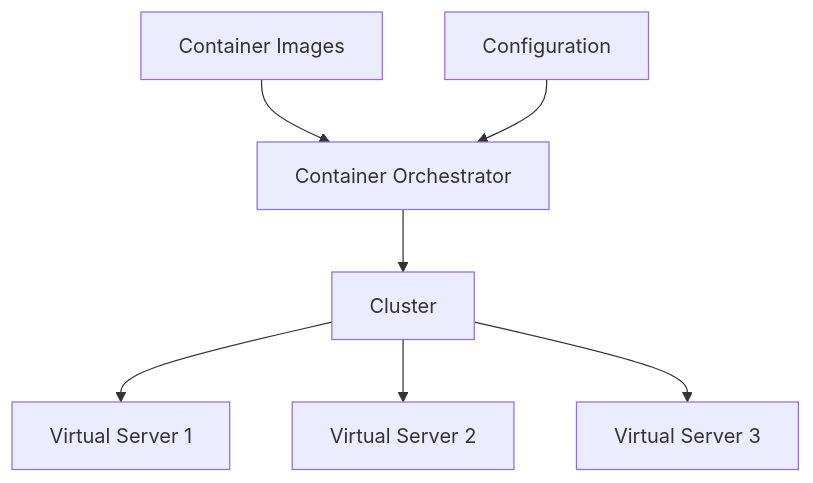
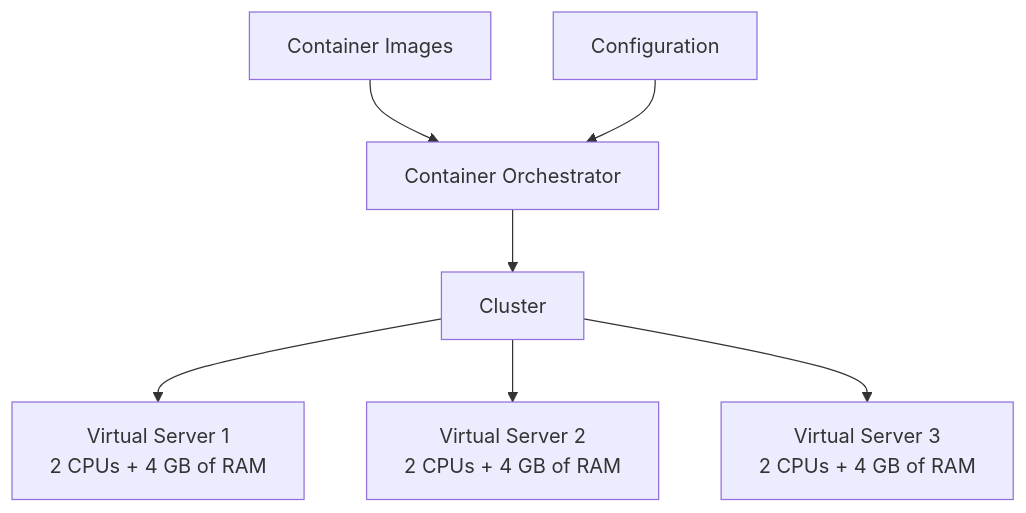
One commit to Neo-1042/complete-developer changed the diagram in 02_DOCKER/04_KUBERNETES.md. Above: the diagram before and after it, drawn with Mermaid. The commit also changed other lines of this file, not shown here.

````diff
--- a/02_DOCKER/04_KUBERNETES.md
+++ b/02_DOCKER/04_KUBERNETES.md
@@ -27,9 +27,9 @@
 ```mermaid
 flowchart TB
     A["Container Images"] --> B["Container Orchestrator"]
     C["Configuration"] --> B
     B --> D["Cluster"]
-    D --> E["Virtual Server 1"]
-    D --> F["Virtual Server 2"]
-    D --> G["Virtual Server 3"]
+    D --> E["Virtual Server 1</br>2 CPUs + 4 GB of RAM"]
+    D --> F["Virtual Server 2</br>2 CPUs + 4 GB of RAM"]
+    D --> G["Virtual Server 3</br>2 CPUs + 4 GB of RAM"]
 ```
````
